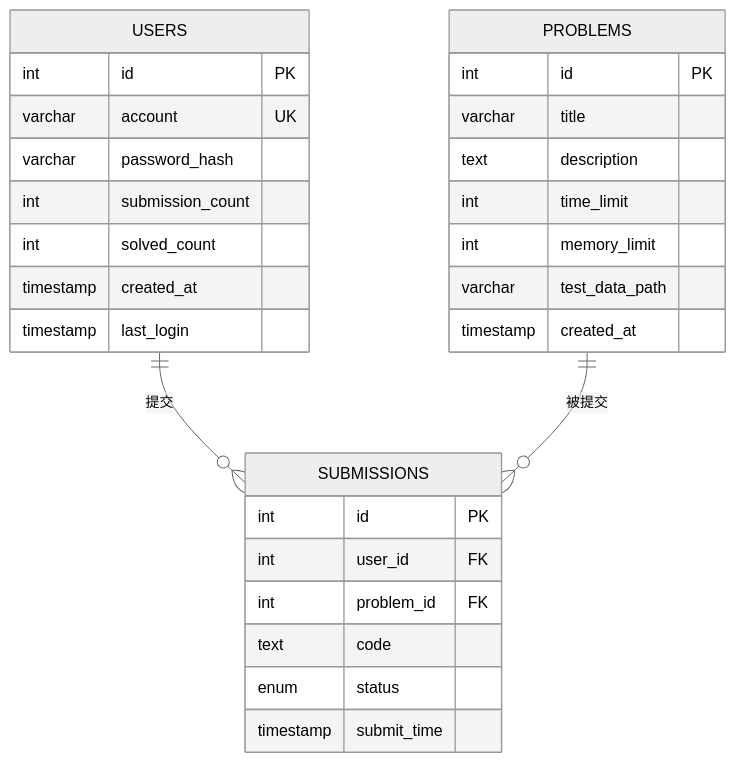
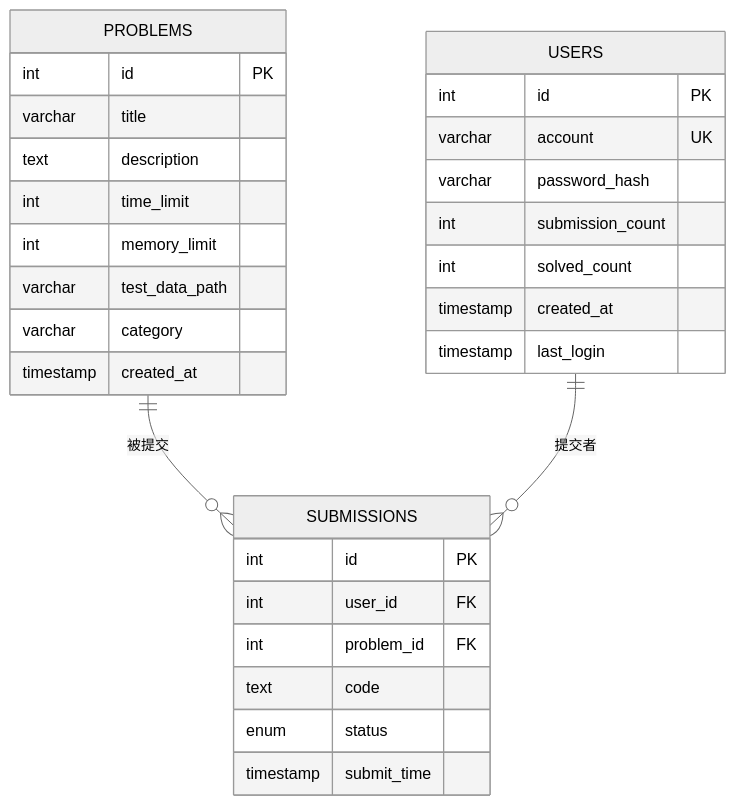
Before and after one commit to jinpeng900/OJ-Test: the second of 4 diagrams in .qoder/repowiki/zh/content/数据库设计.md, drawn with Mermaid (neutral theme). The commit also changed other lines of this file and 147 other files, not shown here.

````diff
--- a/.qoder/repowiki/zh/content/数据库设计.md
+++ b/.qoder/repowiki/zh/content/数据库设计.md
@@ -67,31 +89,32 @@
 ```mermaid
 erDiagram
 PROBLEMS {
 int id PK
 varchar title
 text description
 int time_limit
 int memory_limit
 varchar test_data_path
+varchar category
 timestamp created_at
 }
 USERS {
 int id PK
 varchar account UK
 varchar password_hash
 int submission_count
 int solved_count
 timestamp created_at
 timestamp last_login
 }
 SUBMISSIONS {
 int id PK
 int user_id FK
 int problem_id FK
 text code
 enum status
 timestamp submit_time
 }
-USERS ||--o{ SUBMISSIONS : "提交"
 PROBLEMS ||--o{ SUBMISSIONS : "被提交"
+USERS ||--o{ SUBMISSIONS : "提交者"
 ```
````
